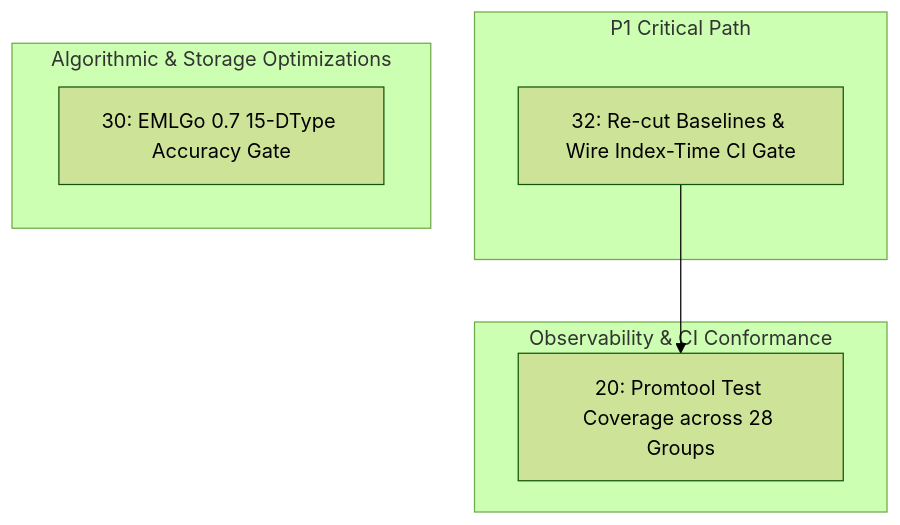
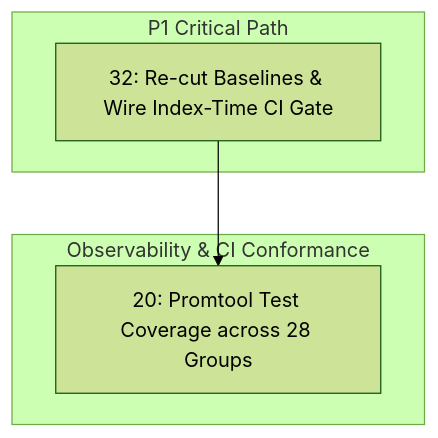
The diagram in docs/roadmap.md (23skdu/longbow), drawn with Mermaid (forest theme) before and after one commit. The commit also changed other lines of this file, not shown here.

Commit message:
docs: record completion of roadmap Item 30 (EMLGo 0.7 15-DType Accuracy Gate)

````diff
--- a/docs/roadmap.md
+++ b/docs/roadmap.md
@@ -15,14 +15,11 @@
 ```mermaid
 graph TD
     subgraph P1["P1 Critical Path"]
         I32["32: Re-cut Baselines & Wire Index-Time CI Gate"]
-    end
-    subgraph P2["Algorithmic & Storage Optimizations"]
-        I30["30: EMLGo 0.7 15-DType Accuracy Gate"]
     end
     subgraph P3["Observability & CI Conformance"]
         I20["20: Promtool Test Coverage across 28 Groups"]
     end
 
     I32 --> I20
 ```
````
